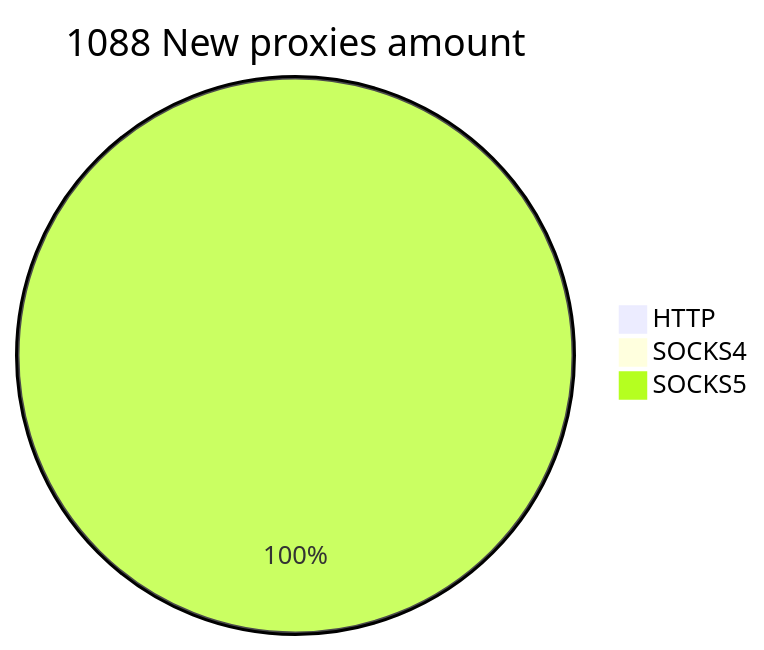
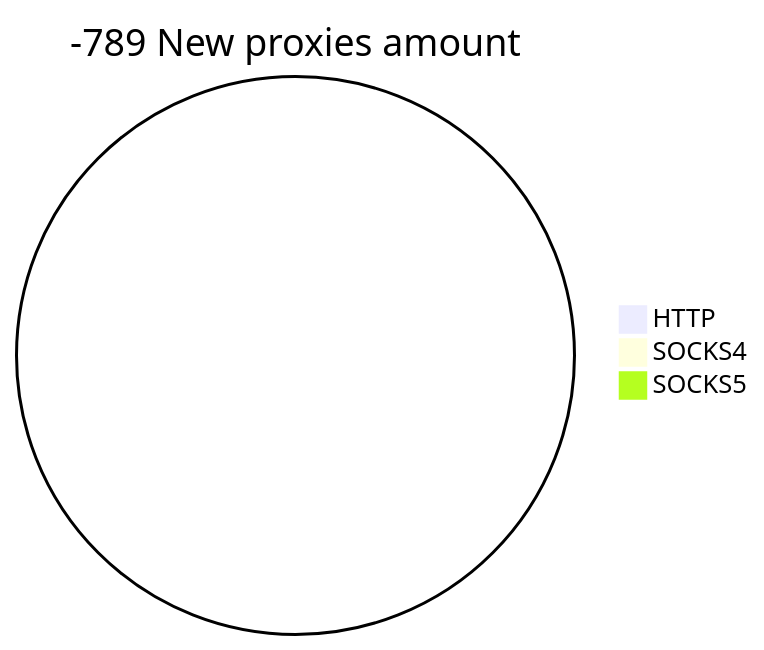
One commit to cutipu/proxylist changed the second of 2 diagrams in README.md. Above: the diagram before and after it, drawn with Mermaid. The commit also changed other lines of this file, not shown here.

````diff
--- a/README.md
+++ b/README.md
@@ -10,6 +10,6 @@
 ```mermaid
-pie title 1088 New proxies amount
+pie title -789 New proxies amount
     "HTTP" : 0
     "SOCKS4" : 0
-    "SOCKS5" : 1088
+    "SOCKS5" : 0
 ```
````
